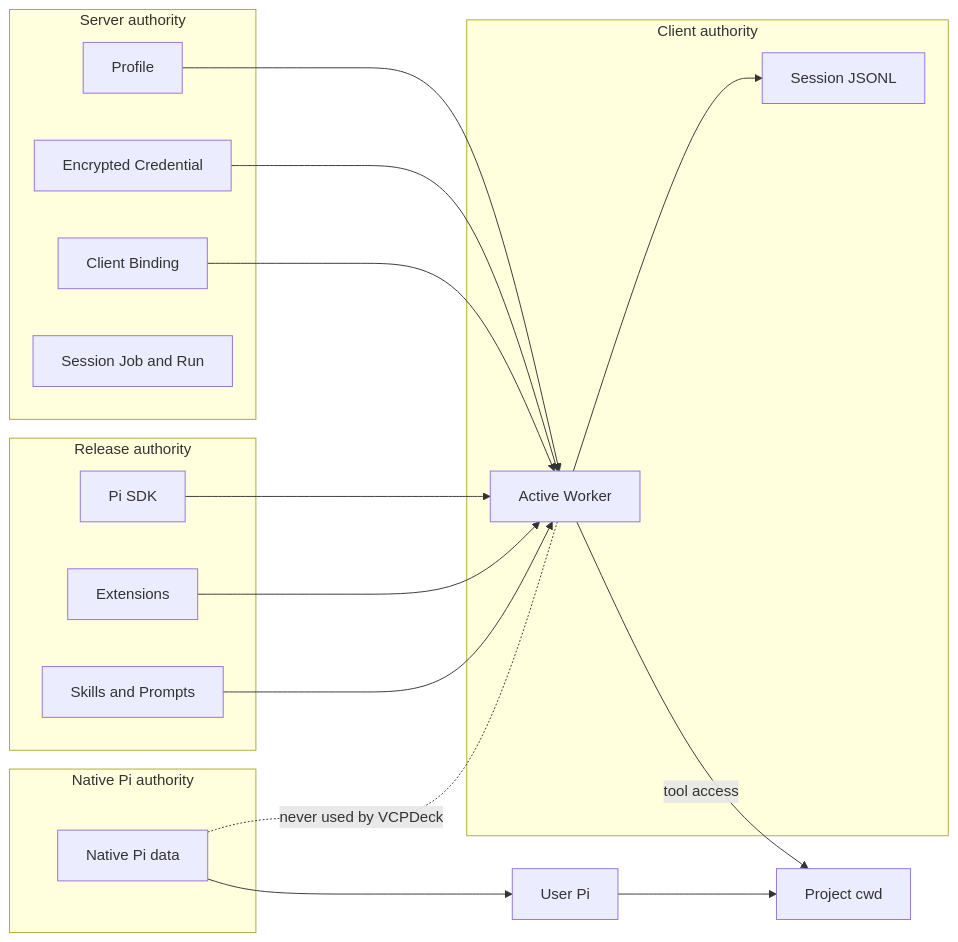
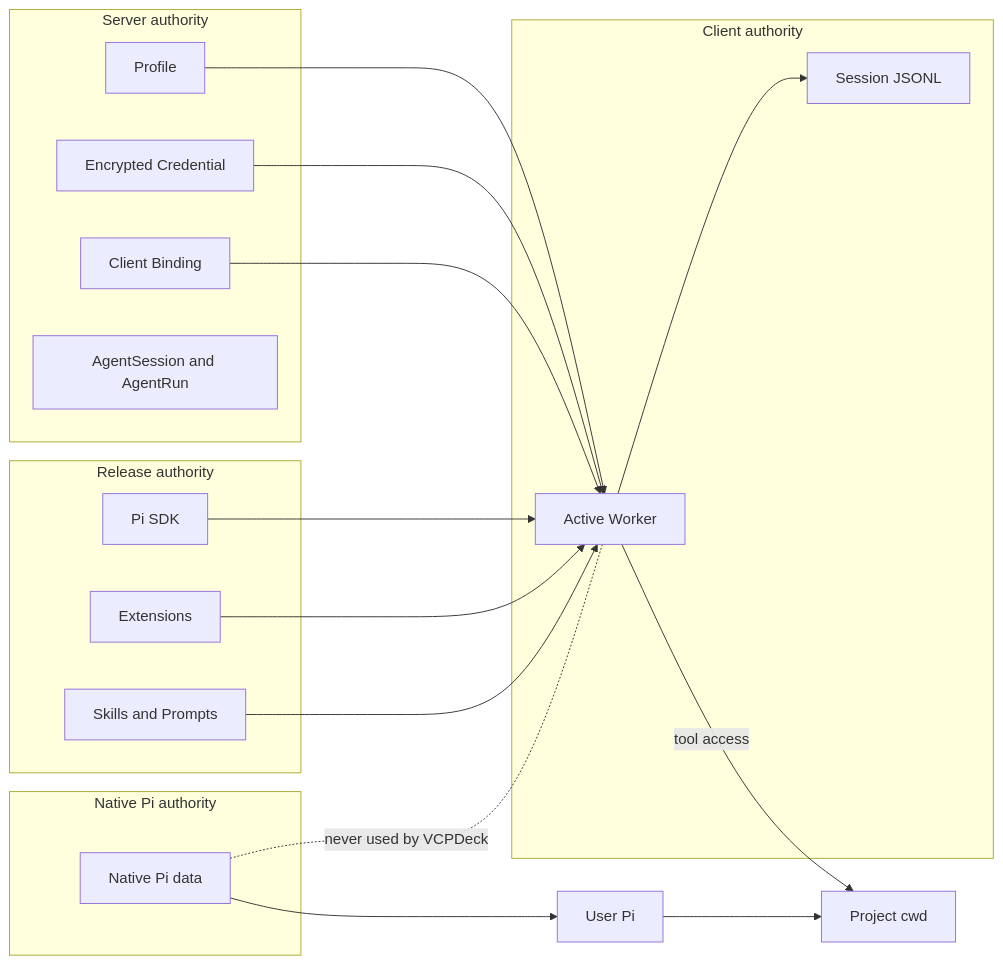
Before and after one commit to xuzhen97/VCPDeck: the second of 11 diagrams in docs/design/remote-pi-control-plane.md, drawn with Mermaid. The commit also changed other lines of this file and 89 other files, not shown here.

First line of the commit message:
Agent 会话/Run/审计脱离 Job：三实体独立控制面（ADR-0041）

````diff
--- a/docs/design/remote-pi-control-plane.md
+++ b/docs/design/remote-pi-control-plane.md
@@ -180,36 +180,36 @@
 ```mermaid
 flowchart LR
     subgraph ServerAuthority[Server authority]
         P[Profile]
         C[Encrypted Credential]
         B[Client Binding]
-        J[Session Job and Run]
+        J[AgentSession and AgentRun]
     end
 
     subgraph ReleaseAuthority[Release authority]
         SDK[Pi SDK]
         EXT[Extensions]
         SK[Skills and Prompts]
     end
 
     subgraph ClientAuthority[Client authority]
         W[Active Worker]
         S[Session JSONL]
     end
 
     subgraph NativePiAuthority[Native Pi authority]
         N[Native Pi data]
     end
 
     P --> W
     C --> W
     B --> W
     SDK --> W
     EXT --> W
     SK --> W
     W --> S
     W -->|tool access| Project[Project cwd]
     N --> NativePi[User Pi]
     NativePi --> Project
     N -. never used by VCPDeck .- W
 ```
````
